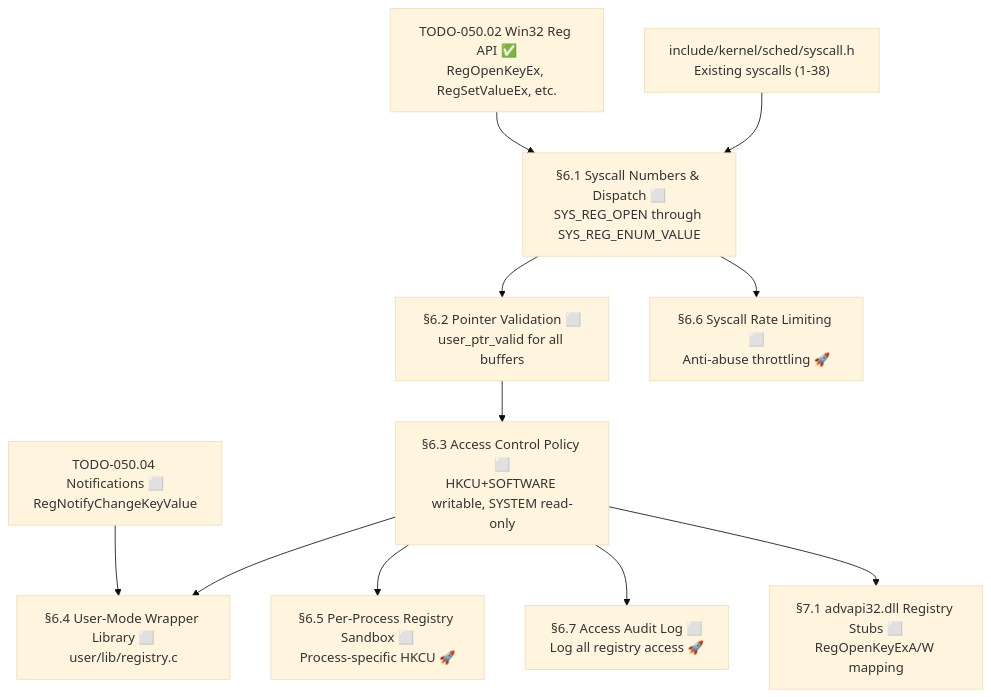
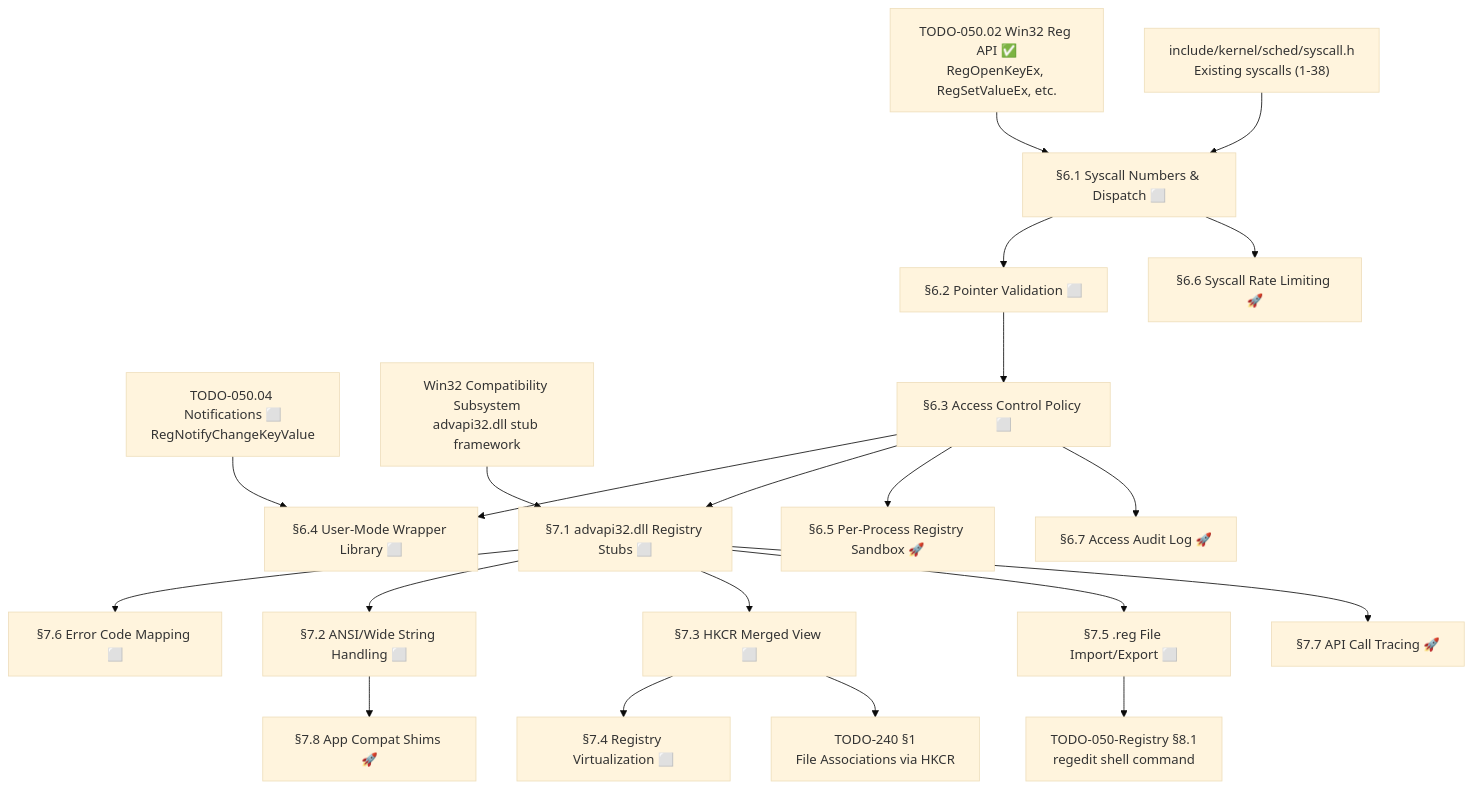
Before and after one commit to rizonesoft/impossible-os: the diagram in todo/010-Kernel-Foundations/TODO-050-Registry/TODO-050.05-Syscalls.md, drawn with Mermaid (base theme). The commit also changed other lines of this file and 4 other files, not shown here.

````diff
--- a/todo/010-Kernel-Foundations/TODO-050-Registry/TODO-050.05-Syscalls.md
+++ b/todo/010-Kernel-Foundations/TODO-050-Registry/TODO-050.05-Syscalls.md
@@ -33,26 +39,50 @@
 ```mermaid
 graph TD
     API["TODO-050.02 Win32 Reg API ✅<br/>RegOpenKeyEx, RegSetValueEx, etc."]
     SYSCALL_H["include/kernel/sched/syscall.h<br/>Existing syscalls (1-38)"]
     NOTIFY["TODO-050.04 Notifications ⬜<br/>RegNotifyChangeKeyValue"]
+    WIN32["Win32 Compatibility Subsystem<br/>advapi32.dll stub framework"]
 
-    A["§6.1 Syscall Numbers & Dispatch ⬜<br/>SYS_REG_OPEN through SYS_REG_ENUM_VALUE"]
-    B["§6.2 Pointer Validation ⬜<br/>user_ptr_valid for all buffers"]
-    C["§6.3 Access Control Policy ⬜<br/>HKCU+SOFTWARE writable, SYSTEM read-only"]
-    D["§6.4 User-Mode Wrapper Library ⬜<br/>user/lib/registry.c"]
-    E["§6.5 Per-Process Registry Sandbox ⬜<br/>Process-specific HKCU 🚀"]
-    F["§6.6 Syscall Rate Limiting ⬜<br/>Anti-abuse throttling 🚀"]
-    G["§6.7 Access Audit Log ⬜<br/>Log all registry access 🚀"]
-    H["§7.1 advapi32.dll Registry Stubs ⬜<br/>RegOpenKeyExA/W mapping"]
+    A["§6.1 Syscall Numbers & Dispatch ⬜"]
+    B["§6.2 Pointer Validation ⬜"]
+    C["§6.3 Access Control Policy ⬜"]
+    D["§6.4 User-Mode Wrapper Library ⬜"]
+    E["§7.1 advapi32.dll Registry Stubs ⬜"]
+    F["§7.2 ANSI/Wide String Handling ⬜"]
+    G["§7.3 HKCR Merged View ⬜"]
+    H["§7.4 Registry Virtualization ⬜"]
+    I["§7.5 .reg File Import/Export ⬜"]
+    J["§7.6 Error Code Mapping ⬜"]
+    K["§6.5 Per-Process Registry Sandbox 🚀"]
+    L["§6.6 Syscall Rate Limiting 🚀"]
+    M["§6.7 Access Audit Log 🚀"]
+    N["§7.7 API Call Tracing 🚀"]
+    O["§7.8 App Compat Shims 🚀"]
+
+    FILEASSOC["TODO-240 §1<br/>File Associations via HKCR"]
+    REGEDIT["TODO-050-Registry §8.1<br/>regedit shell command"]
 
     API --> A
     SYSCALL_H --> A
     A --> B
     B --> C
     C --> D
+    NOTIFY --> D
+
+    WIN32 --> E
     C --> E
-    A --> F
-    C --> G
-    C --> H
-    NOTIFY --> D
+    E --> J
+    E --> F
+    E --> G
+    G --> H
+    E --> I
+    E --> N
+    F --> O
+
+    C --> K
+    A --> L
+    C --> M
+
+    G --> FILEASSOC
+    I --> REGEDIT
 ```
````
